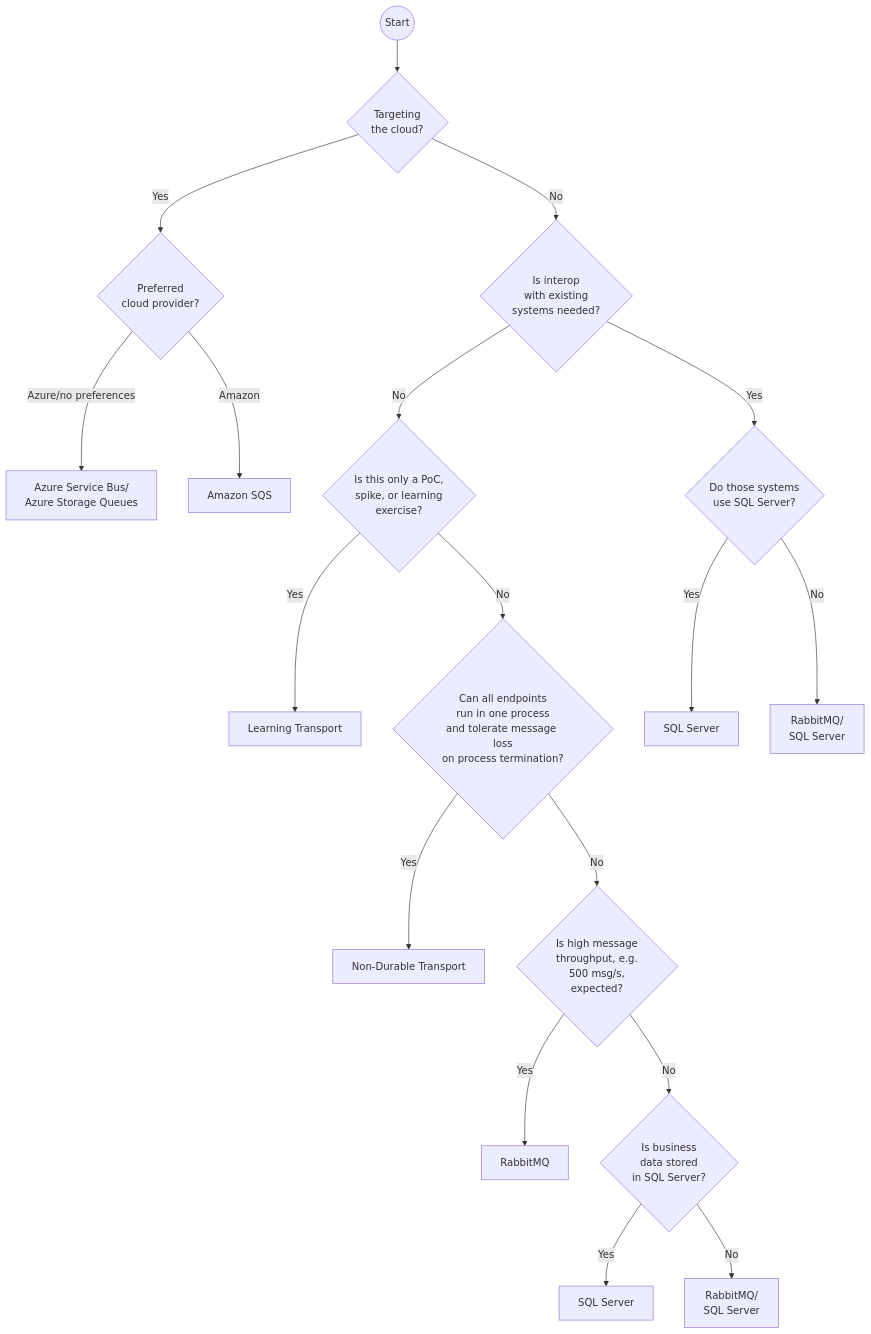
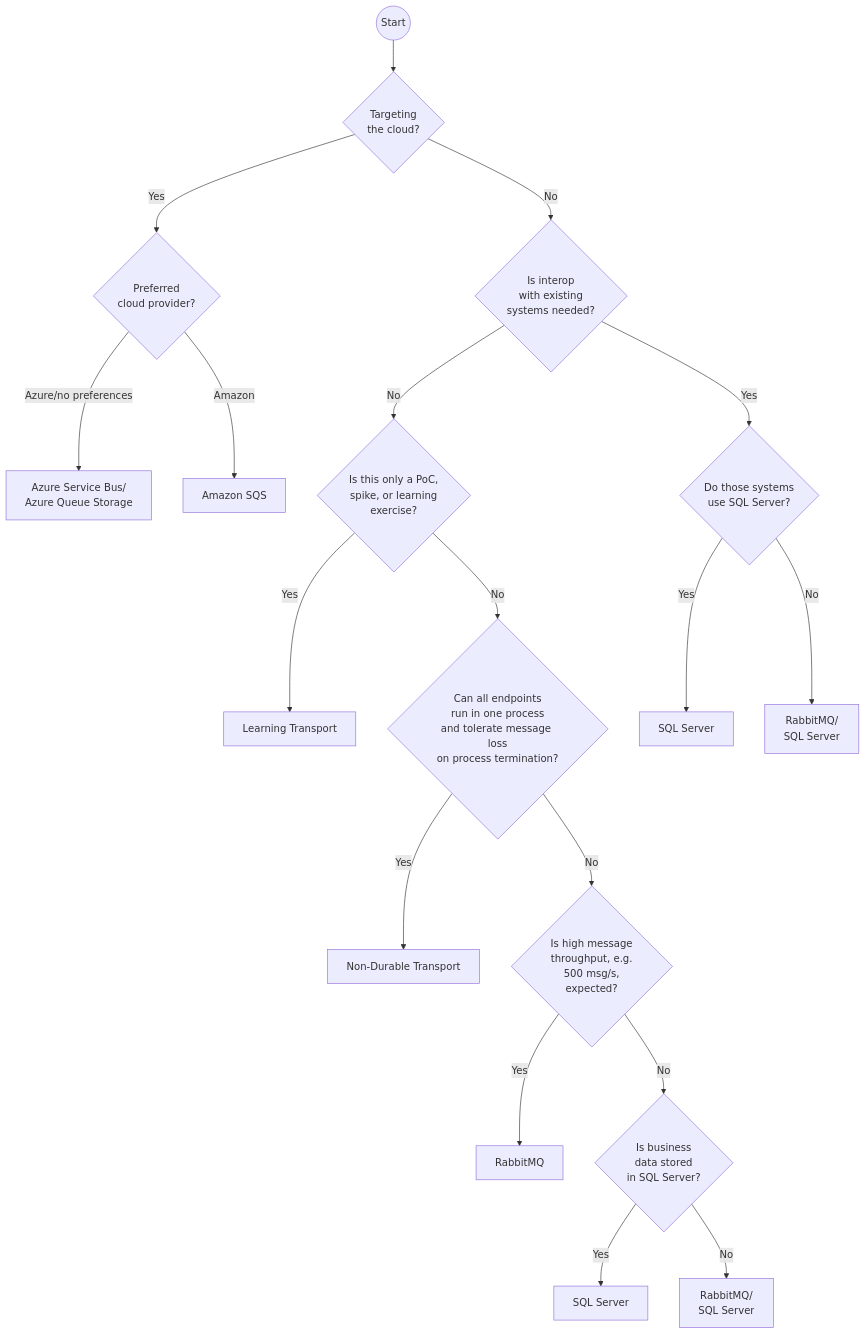
The diagram in transports/selecting.md (Particular/docs.particular.net), drawn with Mermaid before and after one commit. The commit also changed other lines of this file and 69 other files, not shown here.

First line of the commit message:
Use Azure Queue Storage service name (stacked on #8692) (#8696)

````diff
--- a/transports/selecting.md
+++ b/transports/selecting.md
@@ -38,20 +38,20 @@
 ```mermaid
 graph TD
 S((Start))-->Q{<center>Targeting<br/>the cloud?</center>}
 Q-->|Yes|Y{<center>Preferred<br/>cloud provider?</center>}
 Q-->|No|N{<center>Is interop<br/>with existing<br/>systems needed?</center>}
-Y-->|Azure/no preferences|Y1[<center>Azure Service Bus/<br/>Azure Storage Queues</center>]
+Y-->|Azure/no preferences|Y1[<center>Azure Service Bus/<br/>Azure Queue Storage</center>]
 Y-->|Amazon|Y2[Amazon SQS]
 N-->|Yes|NY{<center>Do those systems<br/>use SQL Server?</center>}
 N-->|No|P{<center>Is this only a PoC,<br/>spike, or learning<br/>exercise?</center>}
 P-->|Yes|L[Learning Transport]
 P-->|No|SP{<center>Can all endpoints<br/>run in one process<br/>and tolerate message loss<br/>on process termination?</center>}
 SP-->|Yes|NDT[Non-Durable Transport]
 SP-->|No|NN{<center>Is high message<br/>throughput, e.g.<br/>500 msg/s,<br/>expected?</center>}
 NY-->|Yes|NYY[SQL Server]
 NY-->|No|NYN[<center>RabbitMQ/<br/>SQL Server</center>]
 NN-->|Yes|NNY[<center>RabbitMQ</center>]
 NN-->|No|NNN{<center>Is business<br/>data stored<br/>in SQL Server?</center>}
 NNN-->|Yes|NNNY[SQL Server]
 NNN-->|No|NNNN[<center>RabbitMQ/<br/>SQL Server</center>]
 ```
````
